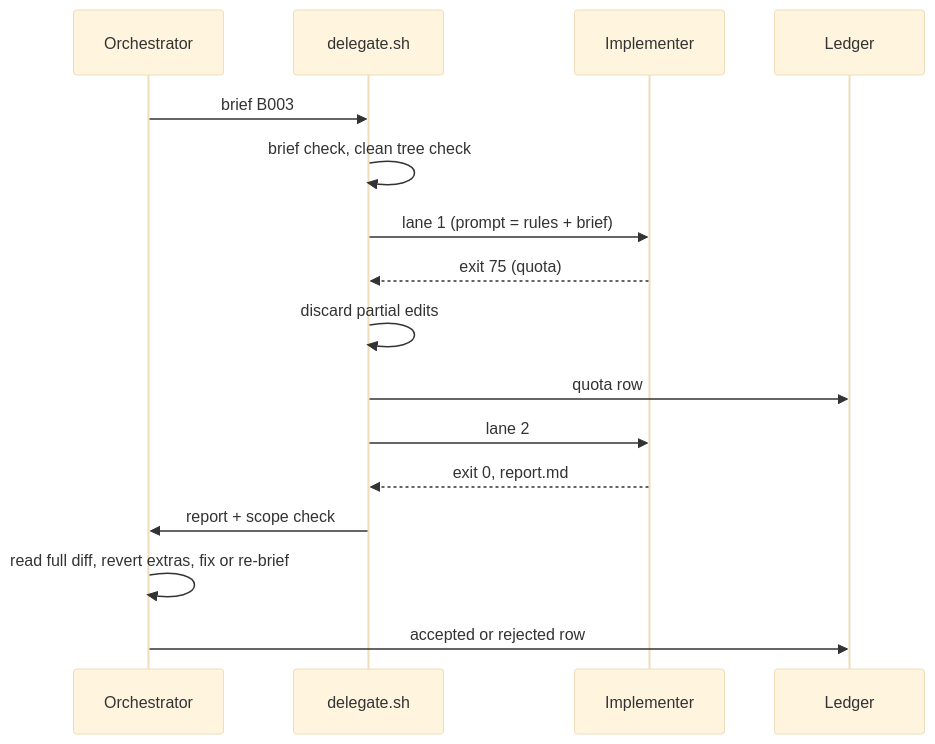
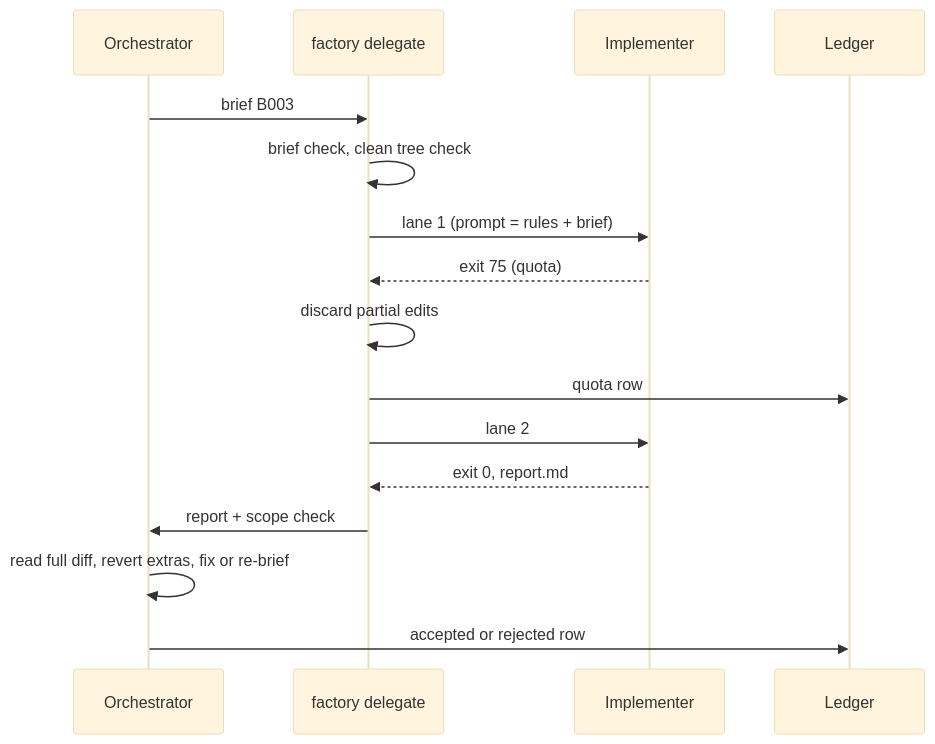
The diagram in docs/04-delegation.md (ameenmv/software-factory), drawn with Mermaid (base theme) before and after one commit. The commit also changed other lines of this file and 10 other files, not shown here.

First line of the commit message:
feat: port delegate to Node as `factory delegate`

````diff
--- a/docs/04-delegation.md
+++ b/docs/04-delegation.md
@@ -113,18 +117,18 @@
 ```mermaid
 sequenceDiagram
   participant O as Orchestrator
-  participant D as delegate.sh
+  participant D as factory delegate
   participant I as Implementer
   participant L as Ledger
   O->>D: brief B003
   D->>D: brief check, clean tree check
   D->>I: lane 1 (prompt = rules + brief)
   I-->>D: exit 75 (quota)
   D->>D: discard partial edits
   D->>L: quota row
   D->>I: lane 2
   I-->>D: exit 0, report.md
   D->>O: report + scope check
   O->>O: read full diff, revert extras, fix or re-brief
   O->>L: accepted or rejected row
 ```
````
